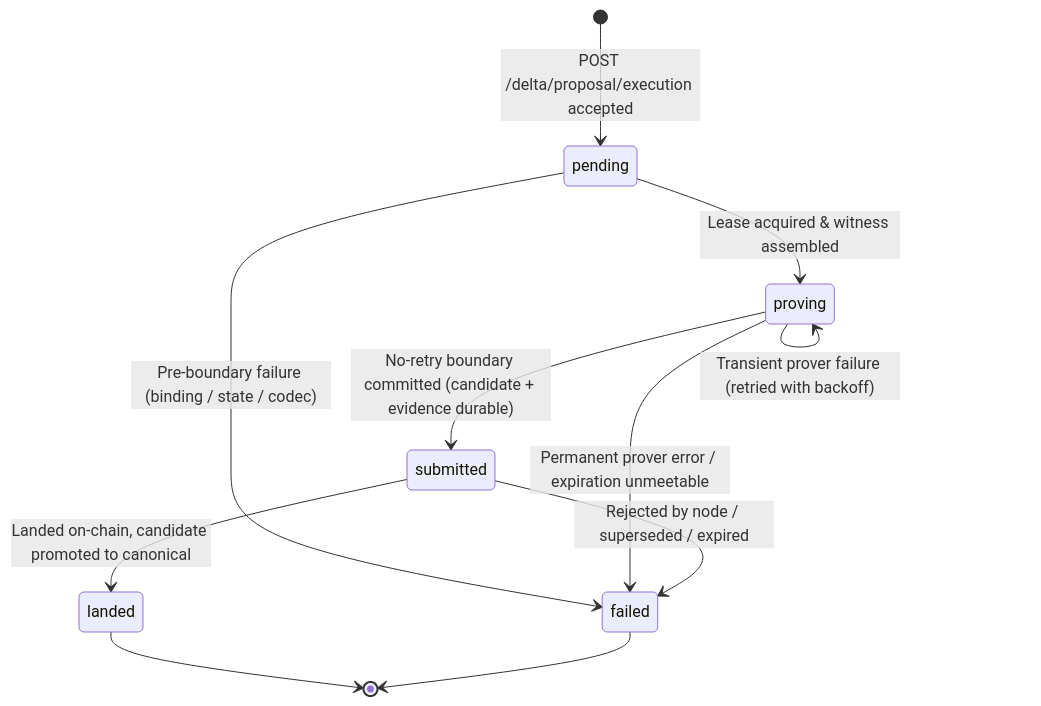
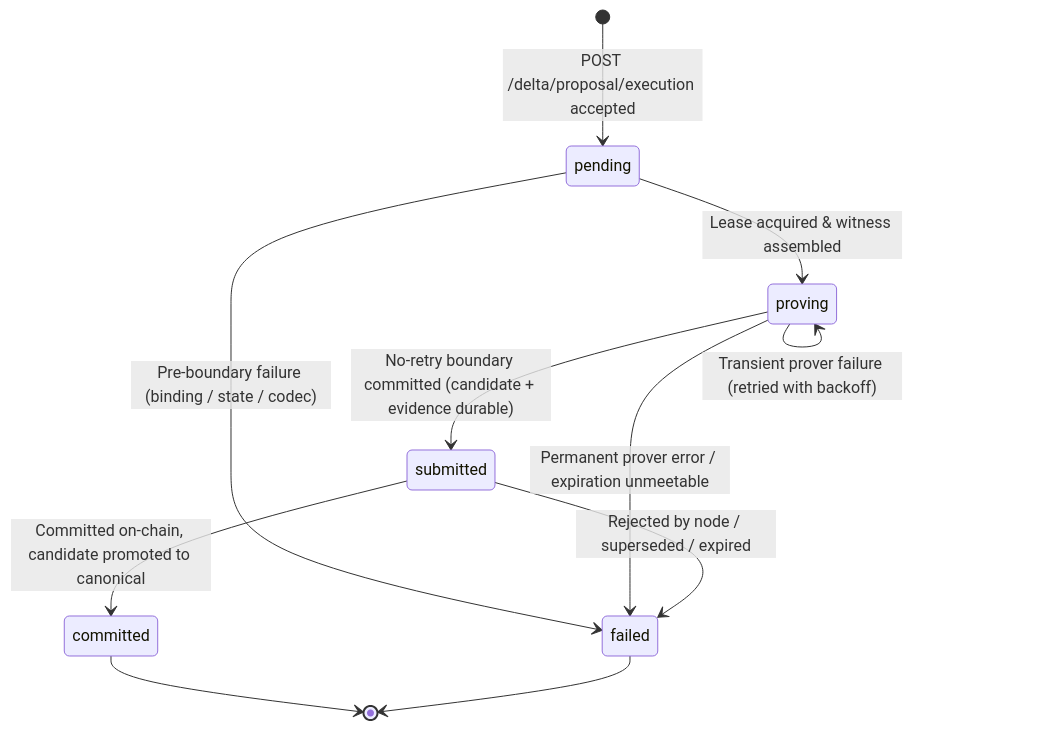
The third of 11 diagrams in docs/rfcs/0001-server-side-transaction-execution.md (OpenZeppelin/guardian), drawn with Mermaid before and after one commit. The commit also changed other lines of this file and 8 other files, not shown here.

````diff
--- a/docs/rfcs/0001-server-side-transaction-execution.md
+++ b/docs/rfcs/0001-server-side-transaction-execution.md
@@ -87,16 +130,16 @@
 ```mermaid
 stateDiagram-v2
   [*] --> pending: POST /delta/proposal/execution accepted
   pending --> proving: Lease acquired & witness assembled
   pending --> failed: Pre-boundary failure (binding / state / codec)
   
   proving --> proving: Transient prover failure (retried with backoff)
   proving --> submitted: No-retry boundary committed (candidate + evidence durable)
   proving --> failed: Permanent prover error / expiration unmeetable
   
-  submitted --> landed: Landed on-chain, candidate promoted to canonical
+  submitted --> committed: Committed on-chain, candidate promoted to canonical
   submitted --> failed: Rejected by node / superseded / expired
   
-  landed --> [*]
+  committed --> [*]
   failed --> [*]
 ```
````
